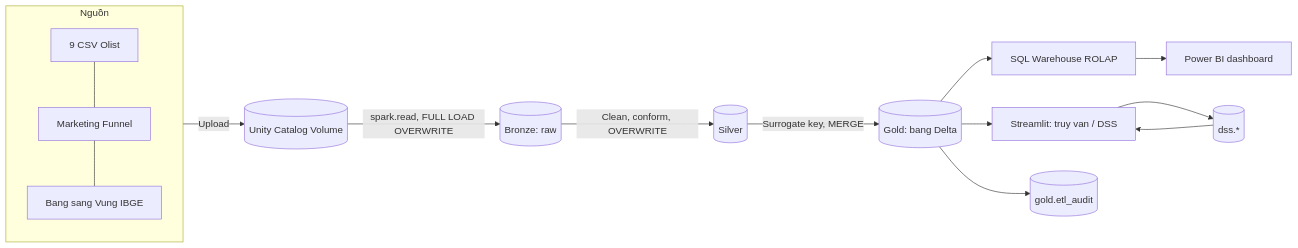
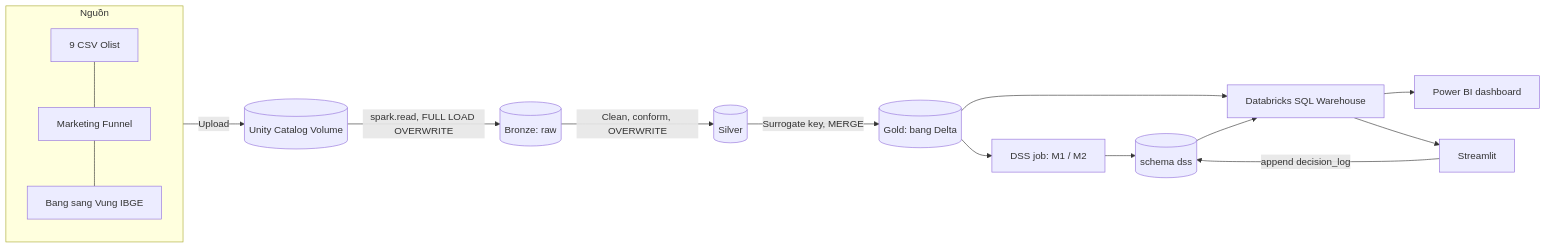
One commit to toann1405/olist-dw-dss changed the first of 2 diagrams in docs/SPEC.md. Above: the diagram before and after it, drawn with Mermaid. The commit also changed other lines of this file and 13 other files, not shown here.

````diff
--- a/docs/SPEC.md
+++ b/docs/SPEC.md
@@ -153,16 +153,17 @@
 ```mermaid
 flowchart LR
   subgraph S[Nguồn]
     A1[9 CSV Olist] --- A2[Marketing Funnel] --- A3[Bang sang Vung IBGE]
   end
   S -->|Upload| V[(Unity Catalog Volume)]
   V -->|spark.read, FULL LOAD OVERWRITE| B[(Bronze: raw)]
   B -->|Clean, conform, OVERWRITE| SI[(Silver)]
   SI -->|Surrogate key, MERGE| G[(Gold: bang Delta)]
-  G --> WH[SQL Warehouse ROLAP]
+  G --> dssjob["DSS job: M1 / M2"]
+  dssjob --> DL[(schema dss)]
+  G --> WH[Databricks SQL Warehouse]
+  DL --> WH
   WH --> OL[Power BI dashboard]
-  G --> DSS[Streamlit: truy van / DSS]
-  DSS --> DL[(dss.*)]
-  DL --> DSS
-  G --> AU[(gold.etl_audit)]
+  WH --> ST[Streamlit]
+  ST -->|append decision_log| DL
 ```
````
